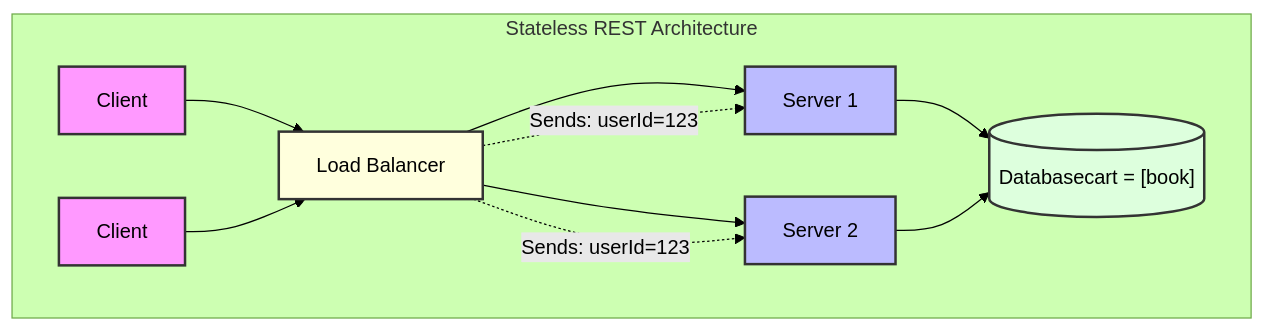
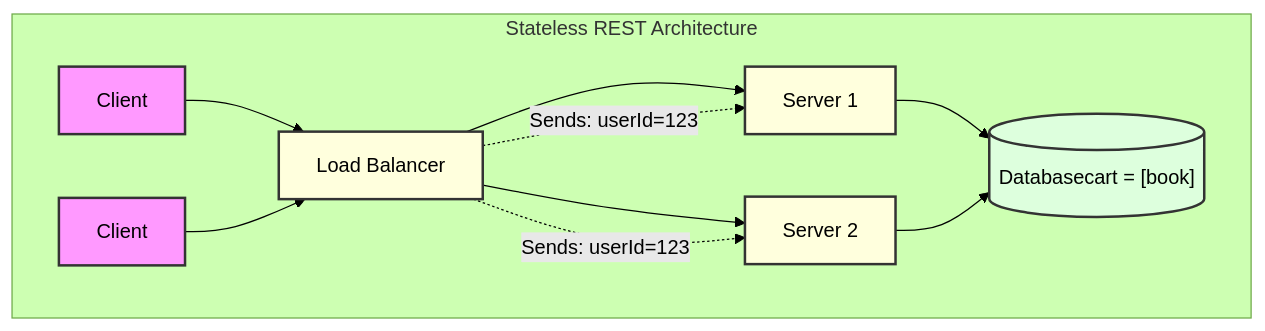
Before and after one commit to abhiya492/Software-Architecture: the second of 2 diagrams in 12.State Transfer in REST/12.md, drawn with Mermaid (forest theme).

````diff
--- a/12.State Transfer in REST/12.md
+++ b/12.State Transfer in REST/12.md
@@ -140,22 +140,22 @@
 ```mermaid
 graph TD
     subgraph "Stateless REST Architecture"
     D1[Client] --> E1[Load Balancer]
     E1 --> F1[Server 1]
     F1 --> G1[("Databasecart = [book]")]
     
     D2[Client] --> E1
     E1 --> F2[Server 2]
     F2 --> G1
     
     E1 -. "Sends: userId=123" .-> F1
     E1 -. "Sends: userId=123" .-> F2
     
     style D1 fill:#f9f,stroke:#333,stroke-width:2px
     style D2 fill:#f9f,stroke:#333,stroke-width:2px
     style E1 fill:#ffd,stroke:#333,stroke-width:2px
-    style F1 fill:#bbf,stroke:#333,stroke-width:2px
-    style F2 fill:#bbf,stroke:#333,stroke-width:2px
+    style F1 fill:#ffd,stroke:#333,stroke-width:2px
+    style F2 fill:#ffd,stroke:#333,stroke-width:2px
     style G1 fill:#dfd,stroke:#333,stroke-width:2px
     end
 ```
````
